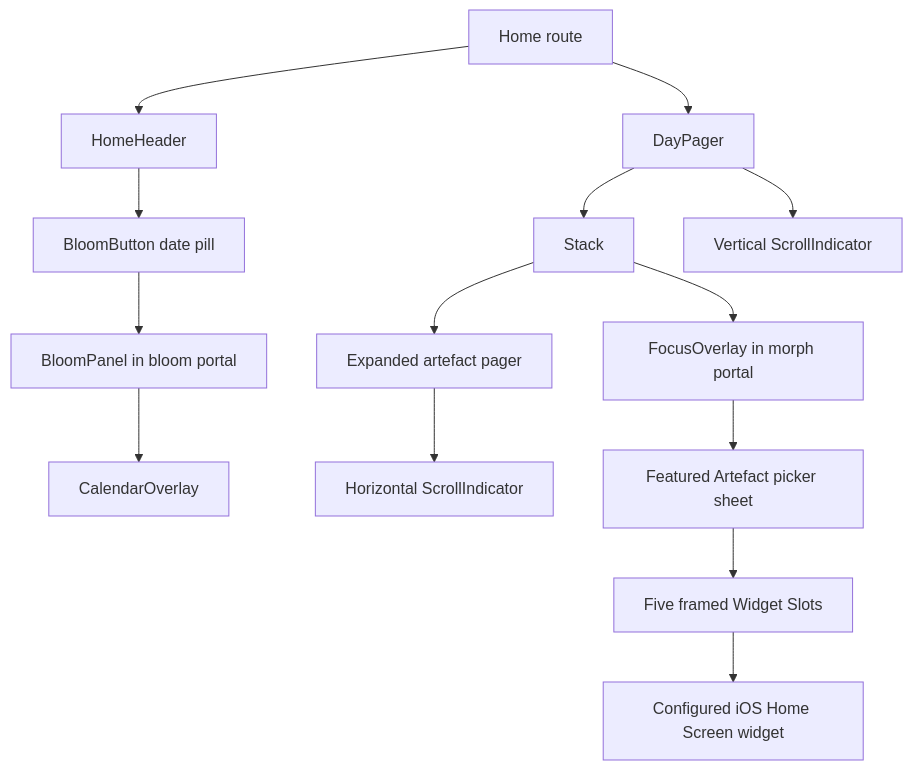
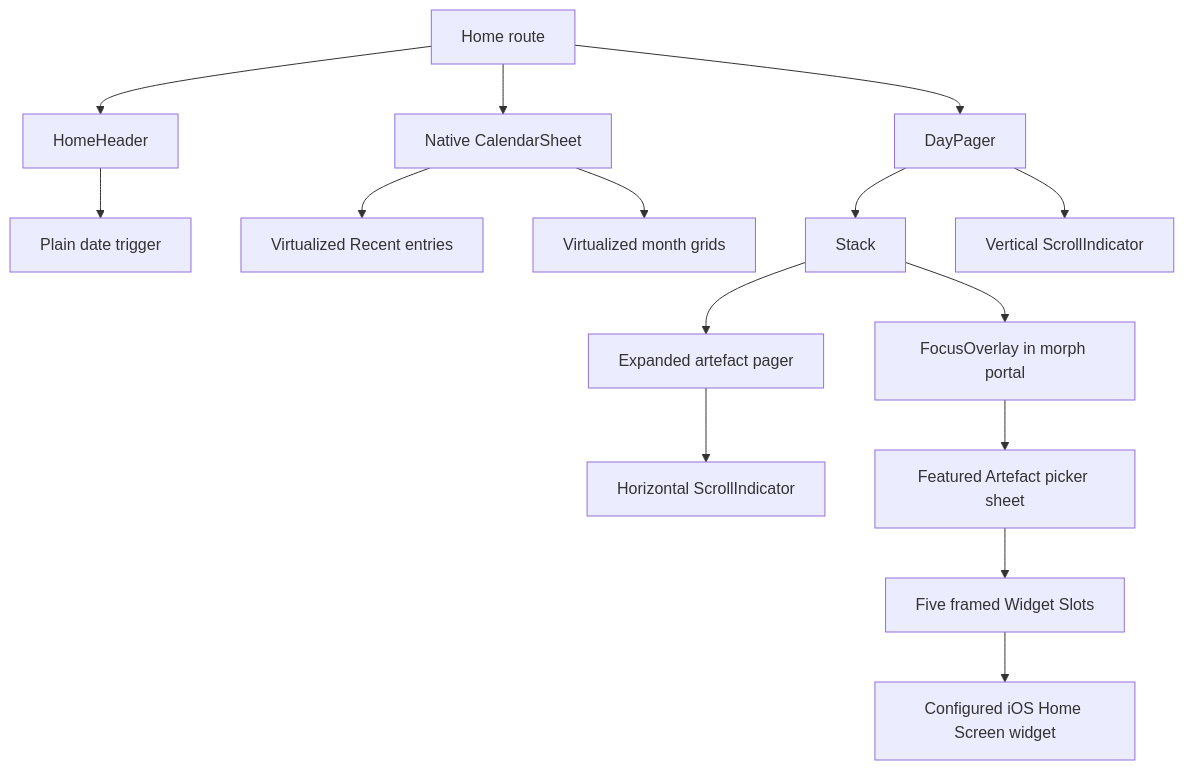
Before and after one commit to vxncetxn/soies: the diagram in docs/README.md, drawn with Mermaid. The commit also changed other lines of this file and 30 other files, not shown here.

Commit message:
feat: replace calendar bloom with journal sheet

````diff
--- a/docs/README.md
+++ b/docs/README.md
@@ -17,16 +17,17 @@
 ```mermaid
 flowchart TD
   Home["Home route"] --> Header["HomeHeader"]
   Home --> Pager["DayPager"]
-  Header --> Trigger["BloomButton date pill"]
-  Trigger --> Panel["BloomPanel in bloom portal"]
-  Panel --> Calendar["CalendarOverlay"]
+  Header --> Trigger["Plain date trigger"]
+  Home --> Sheet["Native CalendarSheet"]
+  Sheet --> Recent["Virtualized Recent entries"]
+  Sheet --> Monthly["Virtualized month grids"]
   Pager --> Entry["Stack"]
   Pager --> DayRail["Vertical ScrollIndicator"]
   Entry --> ArtefactPager["Expanded artefact pager"]
   ArtefactPager --> ArtefactRail["Horizontal ScrollIndicator"]
   Entry --> Focus["FocusOverlay in morph portal"]
   Focus --> Picker["Featured Artefact picker sheet"]
   Picker --> Slots["Five framed Widget Slots"]
   Slots --> Widget["Configured iOS Home Screen widget"]
 ```
````
